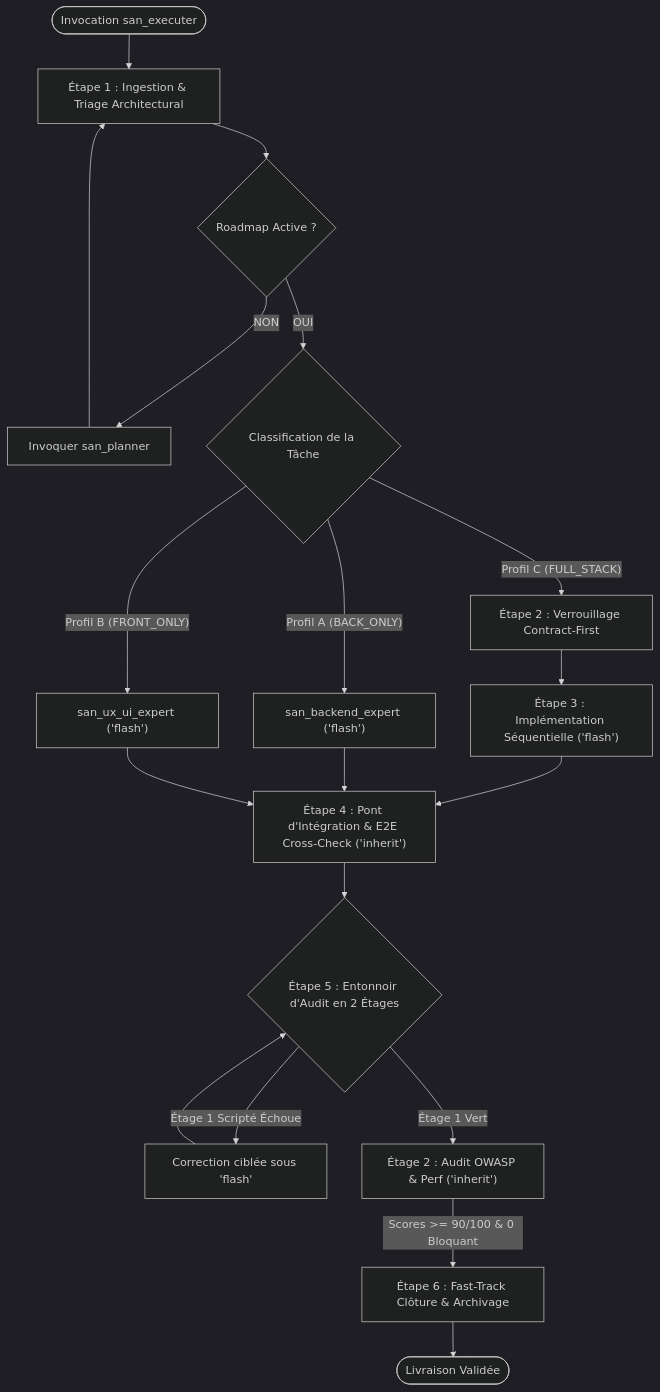
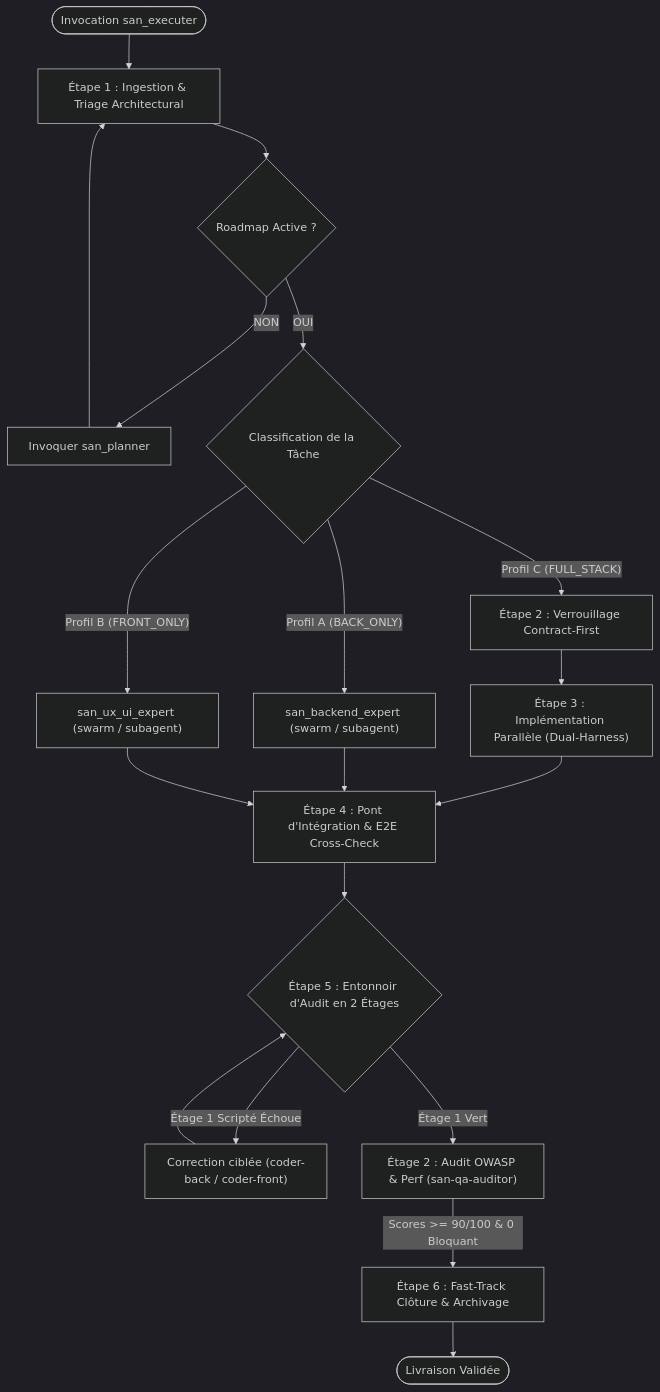
The second of 3 diagrams in skills/san_executer.md (alexsan-dev/san_agy_framework), drawn with Mermaid (dark theme) before and after one commit. The commit also changed other lines of this file and 69 other files, not shown here.

Commit message:
release(v2.2.0): dual-harness Antigravity + OpenCode V2, models CLI, san_transcriber & cognitive unshackling

````diff
--- a/skills/san_executer.md
+++ b/skills/san_executer.md
@@ -261,26 +266,26 @@
 ```mermaid
 flowchart TD
     Start(["Invocation san_executer"]) --> Step1["Étape 1 : Ingestion & Triage Architectural"]
     
     Step1 --> CheckRoadmap{"Roadmap Active ?"}
     CheckRoadmap -->|"NON"| CallPlanner["Invoquer san_planner"]
     CallPlanner --> Step1
     
     CheckRoadmap -->|"OUI"| TriageProfile{"Classification de la Tâche"}
-    TriageProfile -->|"Profil A (BACK_ONLY)"| SubBackOnly["san_backend_expert ('flash')"]
-    TriageProfile -->|"Profil B (FRONT_ONLY)"| SubFrontOnly["san_ux_ui_expert ('flash')"]
+    TriageProfile -->|"Profil A (BACK_ONLY)"| SubBackOnly["san_backend_expert (swarm / subagent)"]
+    TriageProfile -->|"Profil B (FRONT_ONLY)"| SubFrontOnly["san_ux_ui_expert (swarm / subagent)"]
     TriageProfile -->|"Profil C (FULL_STACK)"| Step2["Étape 2 : Verrouillage Contract-First"]
     
-    Step2 --> Step3["Étape 3 : Implémentation Séquentielle ('flash')"]
-    Step3 --> Step4["Étape 4 : Pont d'Intégration & E2E Cross-Check ('inherit')"]
+    Step2 --> Step3["Étape 3 : Implémentation Parallèle (Dual-Harness)"]
+    Step3 --> Step4["Étape 4 : Pont d'Intégration & E2E Cross-Check"]
     SubBackOnly --> Step4
     SubFrontOnly --> Step4
     
     Step4 --> Step5{"Étape 5 : Entonnoir d'Audit en 2 Étages"}
-    Step5 -->|"Étage 1 Scripté Échoue"| FixCode["Correction ciblée sous 'flash'"]
+    Step5 -->|"Étage 1 Scripté Échoue"| FixCode["Correction ciblée (coder-back / coder-front)"]
     FixCode --> Step5
-    Step5 -->|"Étage 1 Vert"| AuditE2["Étage 2 : Audit OWASP & Perf ('inherit')"]
+    Step5 -->|"Étage 1 Vert"| AuditE2["Étage 2 : Audit OWASP & Perf (san-qa-auditor)"]
     
     AuditE2 -->|"Scores >= 90/100 & 0 Bloquant"| Step6["Étape 6 : Fast-Track Clôture & Archivage"]
     Step6 --> Done(["Livraison Validée"])
 ```
````
